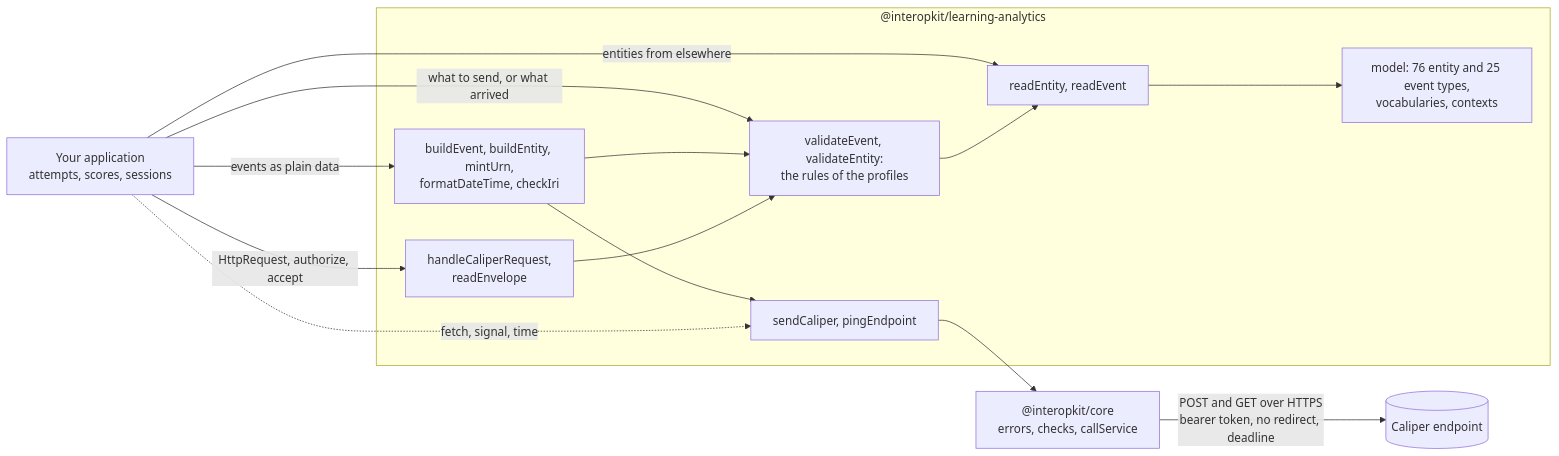
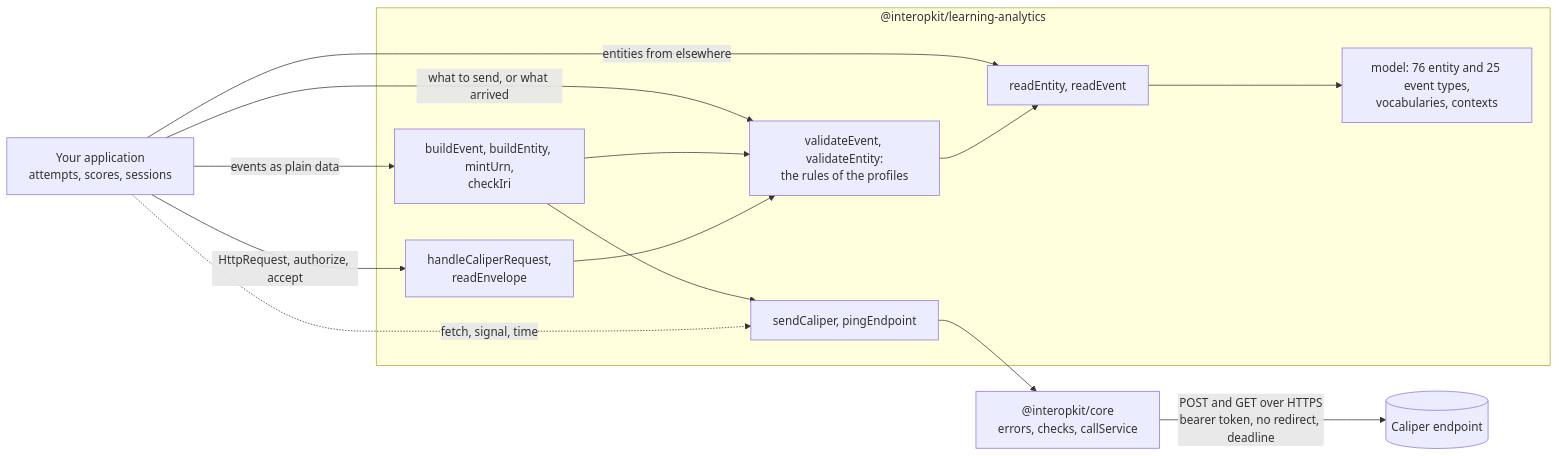
Before and after one commit to interopkit/interopkit: the diagram in packages/learning-analytics/README.md, drawn with Mermaid. The commit also changed other lines of this file and 140 other files, not shown here.

````diff
--- a/packages/learning-analytics/README.md
+++ b/packages/learning-analytics/README.md
@@ -9,26 +9,26 @@
 ```mermaid
 flowchart LR
   host["Your application<br/>attempts, scores, sessions"]
   subgraph pkg["@interopkit/learning-analytics"]
     model["model: 76 entity and 25 event types,<br/>vocabularies, contexts"]
     read["readEntity, readEvent"]
     validate["validateEvent, validateEntity:<br/>the rules of the profiles"]
-    build["buildEvent, buildEntity, mintUrn,<br/>formatDateTime, checkIri"]
+    build["buildEvent, buildEntity, mintUrn,<br/>checkIri"]
     send["sendCaliper, pingEndpoint"]
     endpointNode["handleCaliperRequest,<br/>readEnvelope"]
   end
   core["@interopkit/core<br/>errors, checks, callService"]
   endpoint[("Caliper endpoint")]
   host -->|"events as plain data"| build
   host -->|"entities from elsewhere"| read
   host -->|"what to send, or what arrived"| validate
   read --> model
   validate --> read
   build --> validate
   build --> send
   endpointNode --> validate
   host -.->|"fetch, signal, time"| send
   send --> core
   core -->|"POST and GET over HTTPS<br/>bearer token, no redirect, deadline"| endpoint
   host -->|"HttpRequest, authorize, accept"| endpointNode
 ```
````
